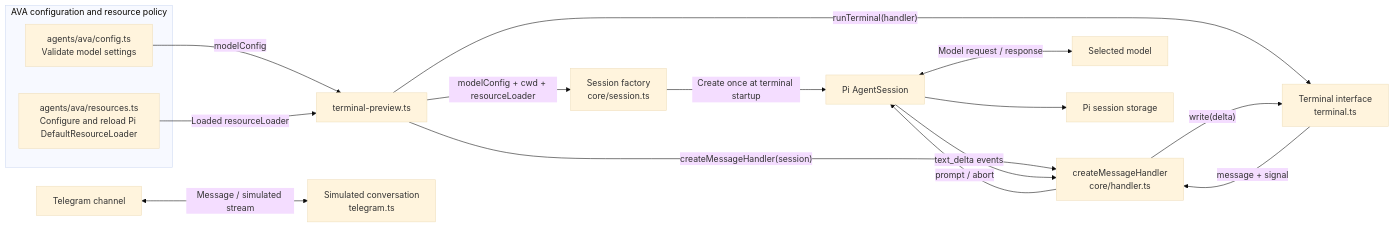
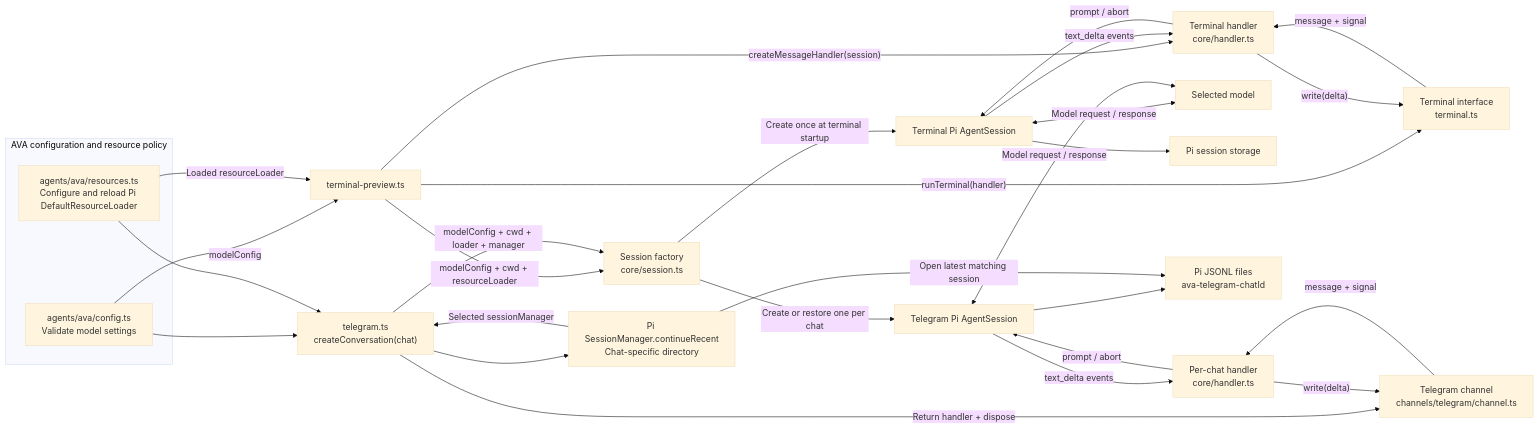
One commit to fjeansilva/ava-personal-assistant changed the first of 7 diagrams in ARCHITECTURE.md. Above: the diagram before and after it, drawn with Mermaid (base theme). The commit also changed other lines of this file and 5 other files, not shown here.

First line of the commit message:
feat(telegram): persist and resume Pi sessions per chat

````diff
--- a/ARCHITECTURE.md
+++ b/ARCHITECTURE.md
@@ -17,20 +17,33 @@
 ```mermaid
 flowchart LR
     subgraph Ava["AVA configuration and resource policy"]
         Config["agents/ava/config.ts<br/>Validate model settings"]
         Resources["agents/ava/resources.ts<br/>Configure and reload Pi DefaultResourceLoader"]
     end
     Config -->|"modelConfig"| Entry["terminal-preview.ts"]
     Resources -->|"Loaded resourceLoader"| Entry
     Entry -->|"modelConfig + cwd + resourceLoader"| Factory["Session factory<br/>core/session.ts"]
-    Factory -->|"Create once at terminal startup"| Session["Pi AgentSession"]
-    Entry -->|"createMessageHandler(session)"| Handler["createMessageHandler<br/>core/handler.ts"]
+    Factory -->|"Create once at terminal startup"| Session["Terminal Pi AgentSession"]
+    Entry -->|"createMessageHandler(session)"| Handler["Terminal handler<br/>core/handler.ts"]
     Entry -->|"runTerminal(handler)"| Terminal["Terminal interface<br/>terminal.ts"]
     Terminal -->|"message + signal"| Handler
     Handler -->|"prompt / abort"| Session
     Session -->|"text_delta events"| Handler
     Handler -->|"write(delta)"| Terminal
     Session <-->|"Model request / response"| Model["Selected model"]
     Session --> History["Pi session storage"]
-    Telegram["Telegram channel"] <-->|"Message / simulated stream"| Simulated["Simulated conversation<br/>telegram.ts"]
+    Config --> TelegramApp["telegram.ts<br/>createConversation(chat)"]
+    Resources --> TelegramApp
+    TelegramApp --> Manager["Pi SessionManager.continueRecent<br/>Chat-specific directory"]
+    Manager -->|"Selected sessionManager"| TelegramApp
+    TelegramApp -->|"modelConfig + cwd + loader + manager"| Factory
+    Factory -->|"Create or restore one per chat"| TelegramSession["Telegram Pi AgentSession"]
+    TelegramApp -->|"Return handler + dispose"| Telegram["Telegram channel<br/>channels/telegram/channel.ts"]
+    Telegram -->|"message + signal"| TelegramHandler["Per-chat handler<br/>core/handler.ts"]
+    TelegramHandler -->|"prompt / abort"| TelegramSession
+    TelegramSession -->|"text_delta events"| TelegramHandler
+    TelegramHandler -->|"write(delta)"| Telegram
+    TelegramSession <-->|"Model request / response"| Model
+    TelegramSession --> ChatHistory["Pi JSONL files<br/>ava-telegram-chatId"]
+    Manager -->|"Open latest matching session"| ChatHistory
 ```
````
